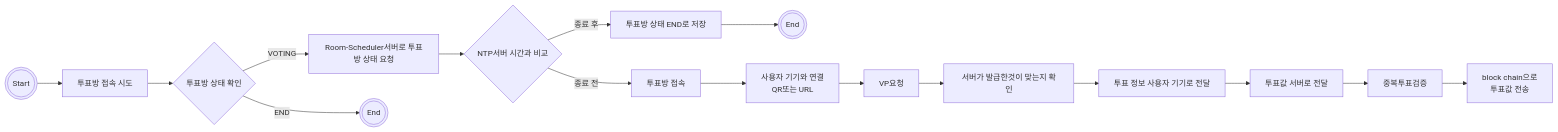
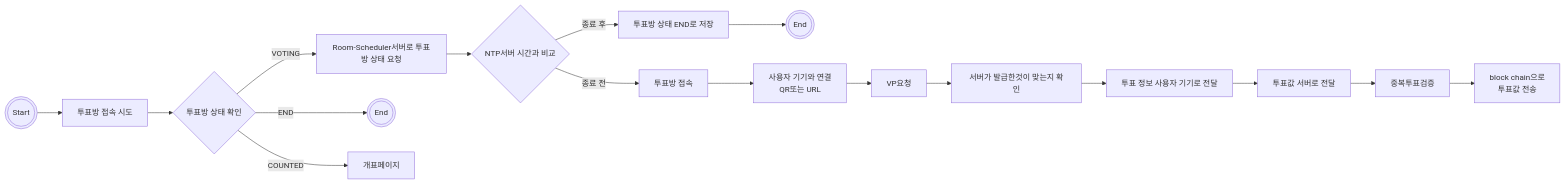
Before and after one commit to jjhwan-h/2024_CBNU_DIDI: the third of 5 diagrams in README.md, drawn with Mermaid.

````diff
--- a/README.md
+++ b/README.md
@@ -108,21 +108,22 @@
 ```mermaid
 graph LR
 %%투표
 start(((Start))) --> id1[투표방 접속 시도]
 id1 --> id2{투표방 상태 확인}
 id2 -- VOTING --> id3[Room-Scheduler서버로 투표방 상태 요청]
 id2 -- END --> id4(((End)))
+id2 -- COUNTED --> id16[개표페이지]
 id3 --> id5{NTP서버 시간과 비교}
 id5 -- 종료 전 --> id6[투표방 접속]
 id5 -- 종료 후 --> id7[투표방 상태 END로 저장]
 id7 --> id8(((End)))
 id6 -->id9[사용자 기기와 연결
 QR또는 URL]
 id9 --> id10[VP요청]
 id10 --> id11[서버가 발급한것이 맞는지 확인]
 id11 -->id12[투표 정보 사용자 기기로 전달]
 id12 --> id13[투표값 서버로 전달]
 id13 --> id14[중복투표검증]
 id14 --> id15[block chain으로
 투표값 전송]
 ```
````
